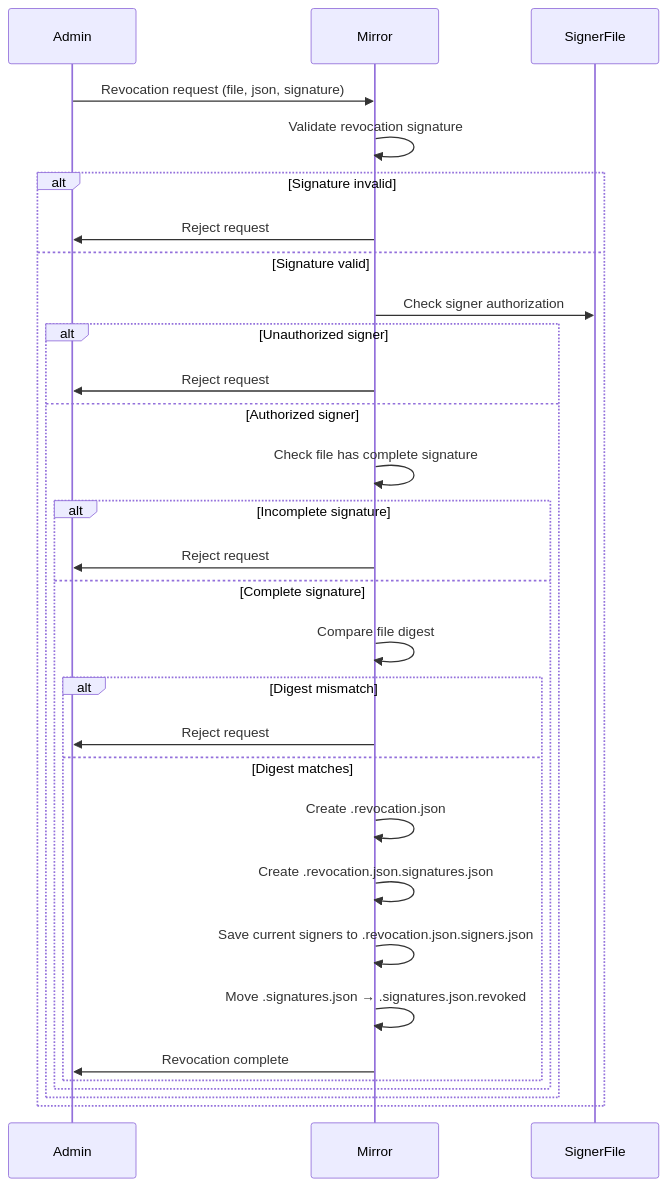
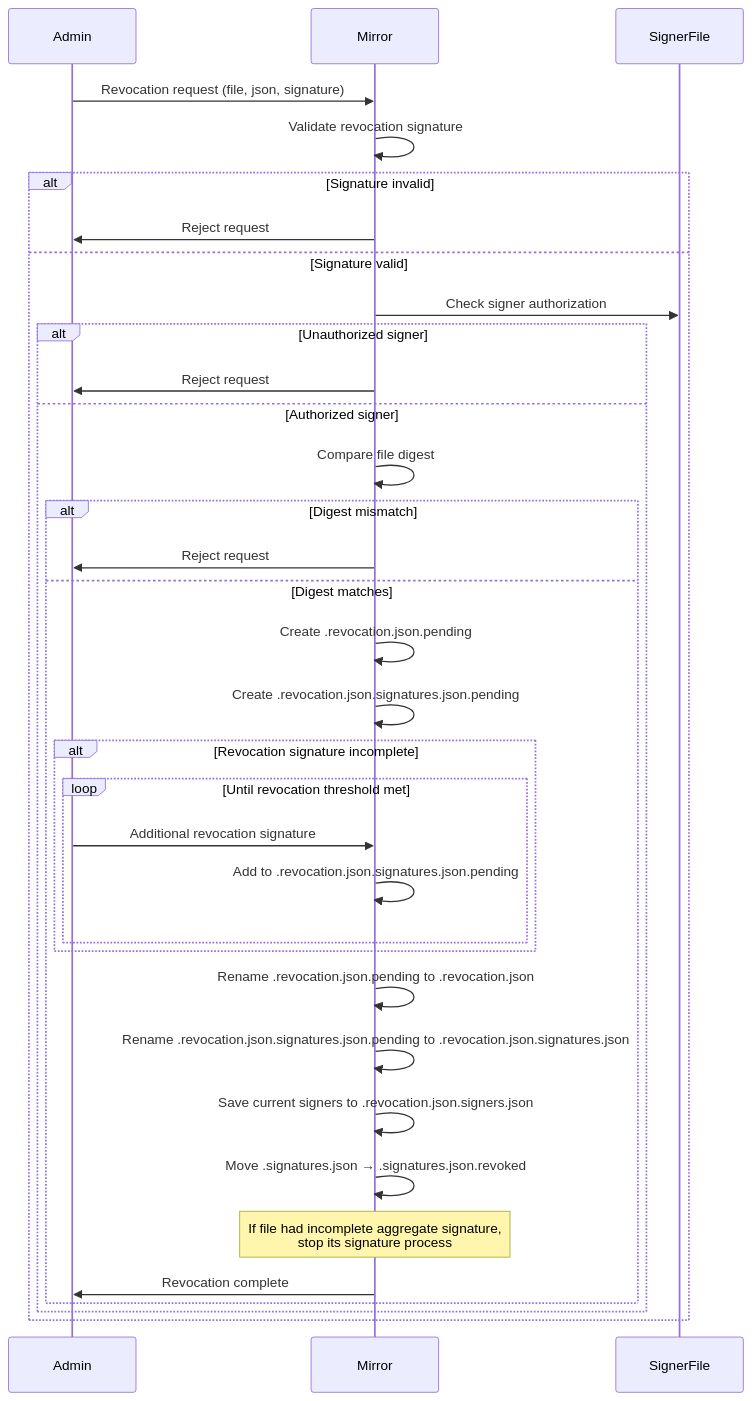
Before and after one commit to asfaload/spec: the sixth of 8 diagrams in spec.md, drawn with Mermaid. The commit also changed other lines of this file, not shown here.

First line of the commit message:
add revocation group

````diff
--- a/spec.md
+++ b/spec.md
@@ -380,33 +397,37 @@
 ```mermaid
 sequenceDiagram
     participant Admin
     participant Mirror
     participant SignerFile
 
     Admin->>Mirror: Revocation request (file, json, signature)
     Mirror->>Mirror: Validate revocation signature
     alt Signature invalid
         Mirror->>Admin: Reject request
     else Signature valid
         Mirror->>SignerFile: Check signer authorization
         alt Unauthorized signer
             Mirror->>Admin: Reject request
         else Authorized signer
-            Mirror->>Mirror: Check file has complete signature
-            alt Incomplete signature
+            Mirror->>Mirror: Compare file digest
+            alt Digest mismatch
                 Mirror->>Admin: Reject request
-            else Complete signature
-                Mirror->>Mirror: Compare file digest
-                alt Digest mismatch
-                    Mirror->>Admin: Reject request
-                else Digest matches
-                    Mirror->>Mirror: Create .revocation.json
-                    Mirror->>Mirror: Create .revocation.json.signatures.json
-                    Mirror->>Mirror: Save current signers to .revocation.json.signers.json
-                    Mirror->>Mirror: Move .signatures.json → .signatures.json.revoked
-                    Mirror->>Admin: Revocation complete
+            else Digest matches
+                Mirror->>Mirror: Create .revocation.json.pending
+                Mirror->>Mirror: Create .revocation.json.signatures.json.pending
+                alt Revocation signature incomplete
+                    loop Until revocation threshold met
+                        Admin->>Mirror: Additional revocation signature
+                        Mirror->>Mirror: Add to .revocation.json.signatures.json.pending
+                    end
                 end
+                Mirror->>Mirror: Rename .revocation.json.pending to .revocation.json
+                Mirror->>Mirror: Rename .revocation.json.signatures.json.pending to .revocation.json.signatures.json
+                Mirror->>Mirror: Save current signers to .revocation.json.signers.json
+                Mirror->>Mirror: Move .signatures.json → .signatures.json.revoked
+                Note over Mirror: If file had incomplete aggregate signature,<br/>stop its signature process
+                Mirror->>Admin: Revocation complete
             end
         end
     end
 ```
````
